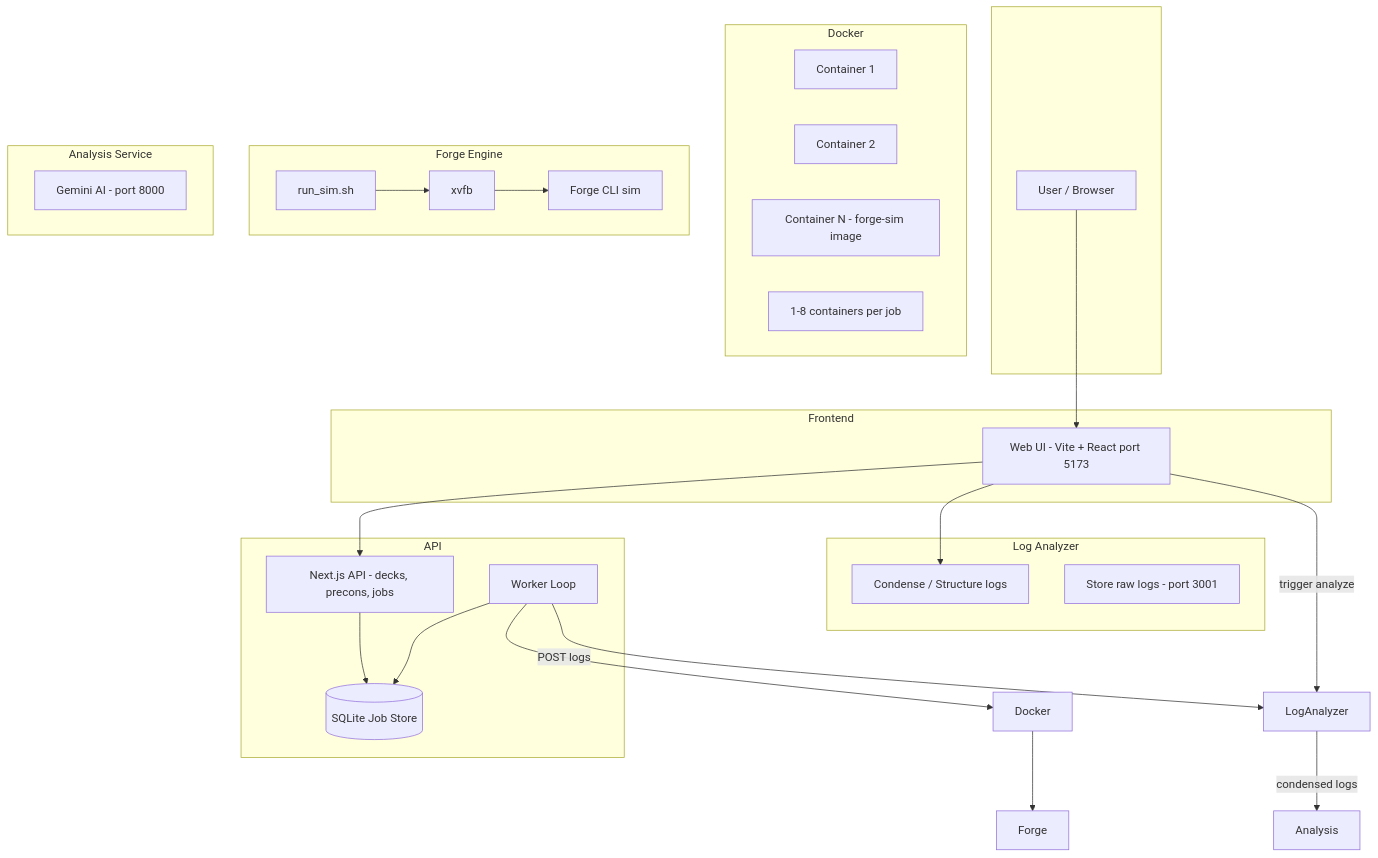
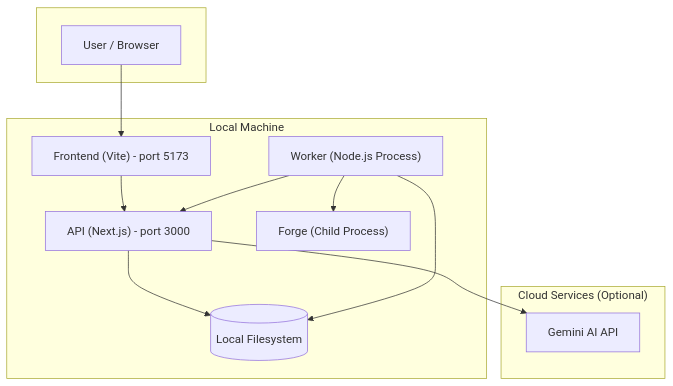
Before and after one commit to TytaniumDev/MagicBracketSimulator: the third of 4 diagrams in docs/ARCHITECTURE.md, drawn with Mermaid. The commit also changed other lines of this file and 2 other files, not shown here.

First line of the commit message:
docs: update architecture and deployment guides for unified worker

````diff
--- a/docs/ARCHITECTURE.md
+++ b/docs/ARCHITECTURE.md
@@ -105,50 +98,27 @@
 ```mermaid
 flowchart TB
     subgraph user[" "]
         Browser["User / Browser"]
     end
 
-    subgraph frontend["Frontend"]
-        UI["Web UI - Vite + React port 5173"]
+    subgraph host["Local Machine"]
+        UI["Frontend (Vite) - port 5173"]
+        API["API (Next.js) - port 3000"]
+        Worker["Worker (Node.js Process)"]
+        Forge["Forge (Child Process)"]
+        FS[(Local Filesystem)]
+
+        UI --> API
+        API --> FS
+        Worker --> API
+        Worker --> Forge
+        Worker --> FS
     end
 
-    subgraph api["API"]
-        Api["Next.js API - decks, precons, jobs"]
-        Store[(SQLite Job Store)]
-        Worker["Worker Loop"]
-        Api --> Store
-        Worker --> Store
-    end
-
-    subgraph loganalyzer["Log Analyzer"]
-        Condenser["Condense / Structure logs"]
-        StoreLogs["Store raw logs - port 3001"]
-    end
-
-    subgraph docker["Docker"]
-        C1["Container 1"]
-        C2["Container 2"]
-        C3["Container N - forge-sim image"]
-        N1["1-8 containers per job"]
-    end
-
-    subgraph forge["Forge Engine"]
-        RunSim["run_sim.sh"]
-        Xvfb["xvfb"]
-        ForgeCLI["Forge CLI sim"]
-        RunSim --> Xvfb --> ForgeCLI
-    end
-
-    subgraph analysis["Analysis Service"]
-        Gemini["Gemini AI - port 8000"]
+    subgraph cloud["Cloud Services (Optional)"]
+        Gemini["Gemini AI API"]
     end
 
     Browser --> UI
-    UI --> Api
-    UI --> Condenser
-    Worker --> Docker
-    Docker --> Forge
-    Worker -->|"POST logs"| LogAnalyzer
-    LogAnalyzer -->|"condensed logs"| Analysis
-    UI -->|"trigger analyze"| LogAnalyzer
+    API --> Gemini
 ```
````
